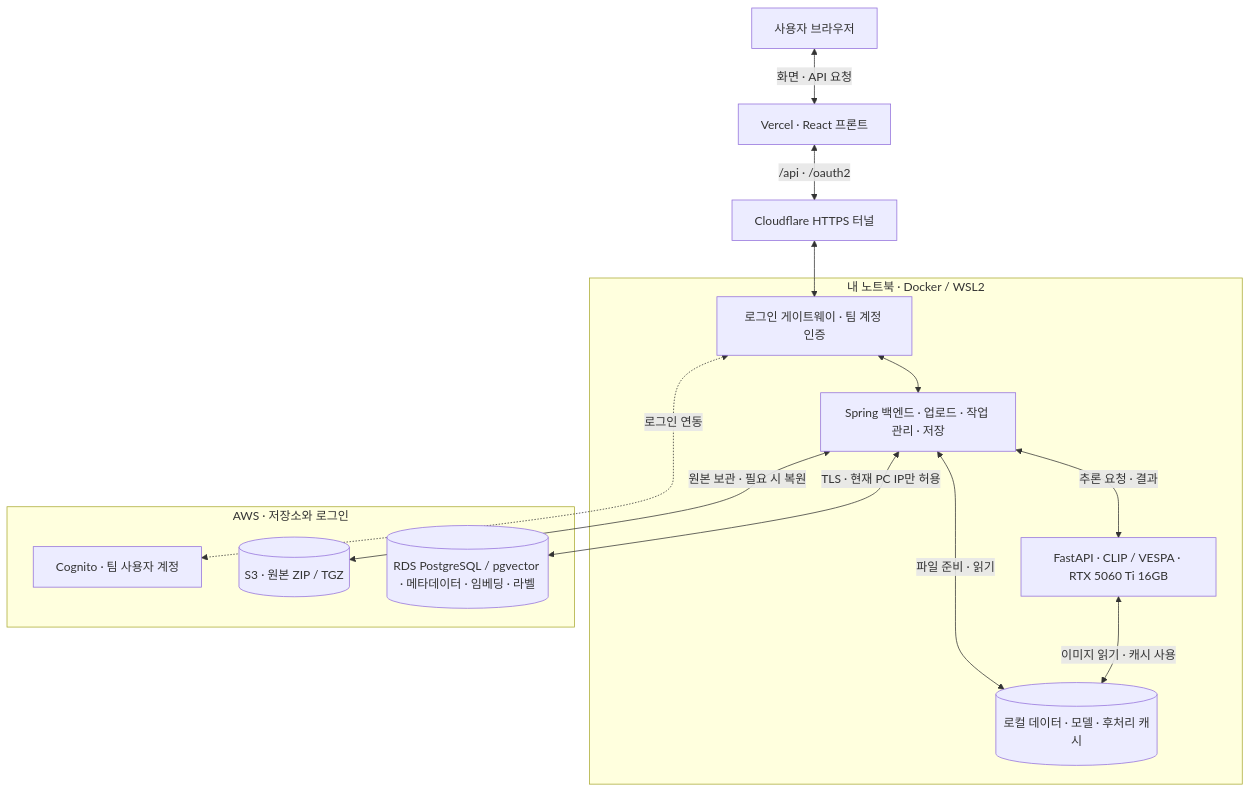
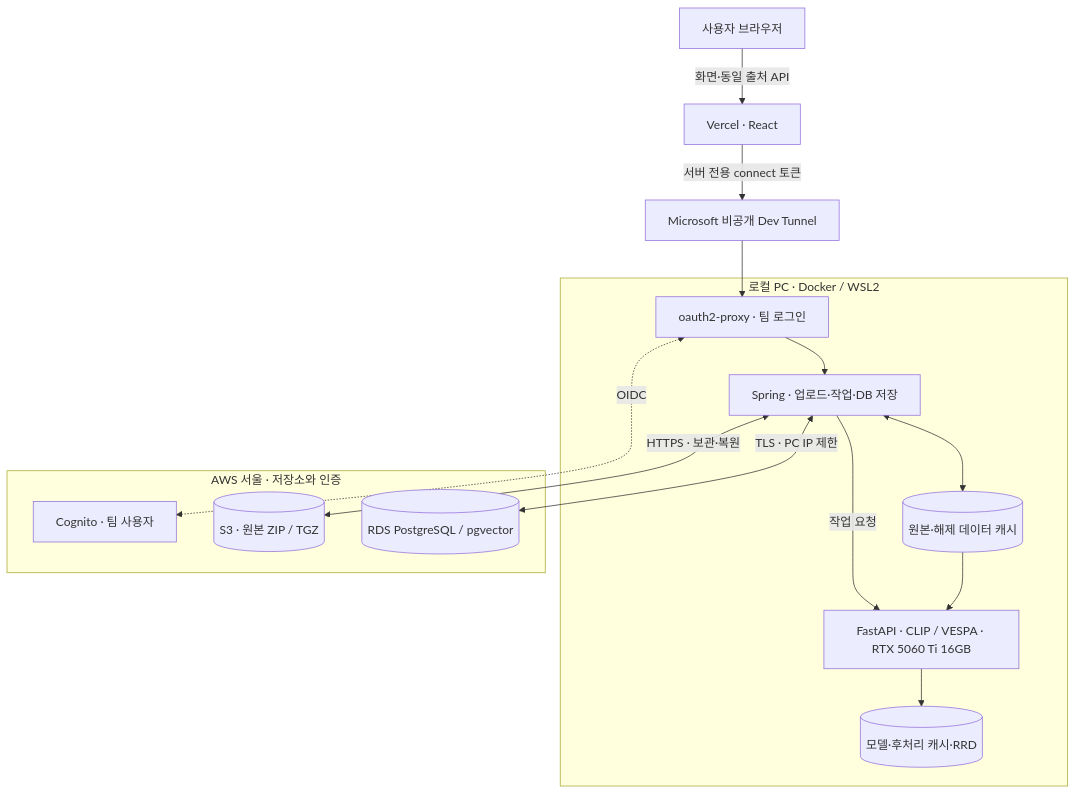
Before and after one commit to DriveScene2Label-Team/DriveScene2Label: the diagram in README.md, drawn with Mermaid. The commit also changed other lines of this file and 29 other files, not shown here.

````diff
--- a/README.md
+++ b/README.md
@@ -40,20 +38,21 @@
 ```mermaid
 flowchart TB
-  U[사용자 브라우저] <-->|화면 · API 요청| V[Vercel · React 프론트]
-  V <-->|/api · /oauth2| T[Cloudflare HTTPS 터널]
-  subgraph LOCAL[내 노트북 · Docker / WSL2]
-    L[로그인 게이트웨이 · 팀 계정 인증] <--> B[Spring 백엔드 · 업로드 · 작업 관리 · 저장]
-    B <-->|추론 요청 · 결과| G[FastAPI · CLIP / VESPA · RTX 5060 Ti 16GB]
-    B <-->|파일 준비 · 읽기| CACHE[(로컬 데이터 · 모델 · 후처리 캐시)]
-    G <-->|이미지 읽기 · 캐시 사용| CACHE
+  U[사용자 브라우저] -->|화면·동일 출처 API| V[Vercel · React]
+  V -->|서버 전용 connect 토큰| T[Microsoft 비공개 Dev Tunnel]
+  subgraph PC[로컬 PC · Docker / WSL2]
+    A[oauth2-proxy · 팀 로그인] --> B[Spring · 업로드·작업·DB 저장]
+    B -->|작업 요청| G[FastAPI · CLIP / VESPA · RTX 5060 Ti 16GB]
+    B <--> F[(원본·해제 데이터 캐시)]
+    F --> G
+    G --> R[(모델·후처리 캐시·RRD)]
   end
-  subgraph AWS[AWS · 저장소와 로그인]
-    C[Cognito · 팀 사용자 계정]
+  T --> A
+  subgraph AWS[AWS 서울 · 저장소와 인증]
+    C[Cognito · 팀 사용자]
     S[(S3 · 원본 ZIP / TGZ)]
-    D[(RDS PostgreSQL / pgvector · 메타데이터 · 임베딩 · 라벨)]
+    D[(RDS PostgreSQL / pgvector)]
   end
-  T <--> L
-  L <-.->|로그인 연동| C
-  B <-->|원본 보관 · 필요 시 복원| S
-  B <-->|TLS · 현재 PC IP만 허용| D
+  A <-. OIDC .-> C
+  B <-->|HTTPS · 보관·복원| S
+  B <-->|TLS · PC IP 제한| D
 ```
````
